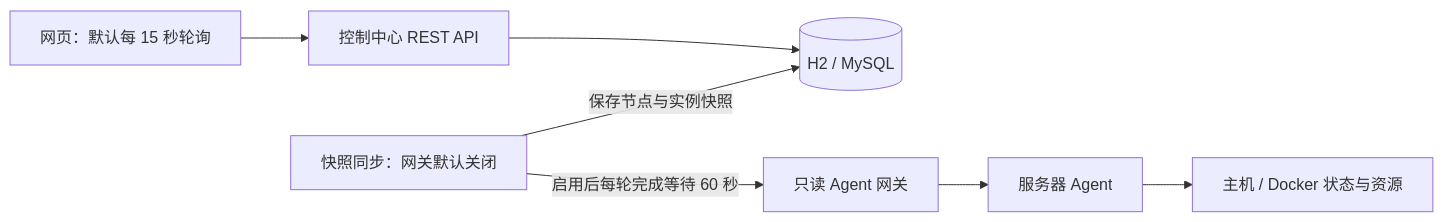
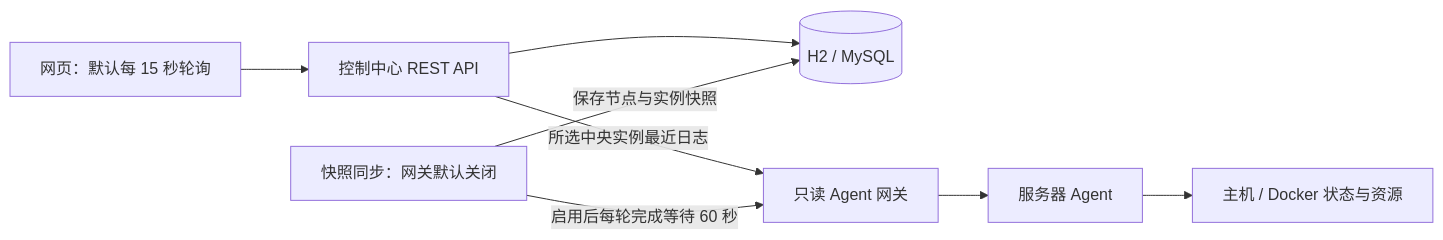
One commit to Tsuki-raorao/- changed the diagram in docs/项目说明与进度汇报.md. Above: the diagram before and after it, drawn with Mermaid. The commit also changed other lines of this file and 61 other files, not shown here.

````diff
--- a/docs/项目说明与进度汇报.md
+++ b/docs/项目说明与进度汇报.md
@@ -42,9 +44,10 @@
 ```mermaid
 flowchart LR
     W[网页：默认每 15 秒轮询] --> API[控制中心 REST API]
     API --> DB[(H2 / MySQL)]
+    API -->|所选中央实例最近日志| G
     SYNC[快照同步：网关默认关闭] -->|启用后每轮完成等待 60 秒| G[只读 Agent 网关]
     G --> A[服务器 Agent]
     A --> D[主机 / Docker 状态与资源]
     SYNC -->|保存节点与实例快照| DB
 ```
````
